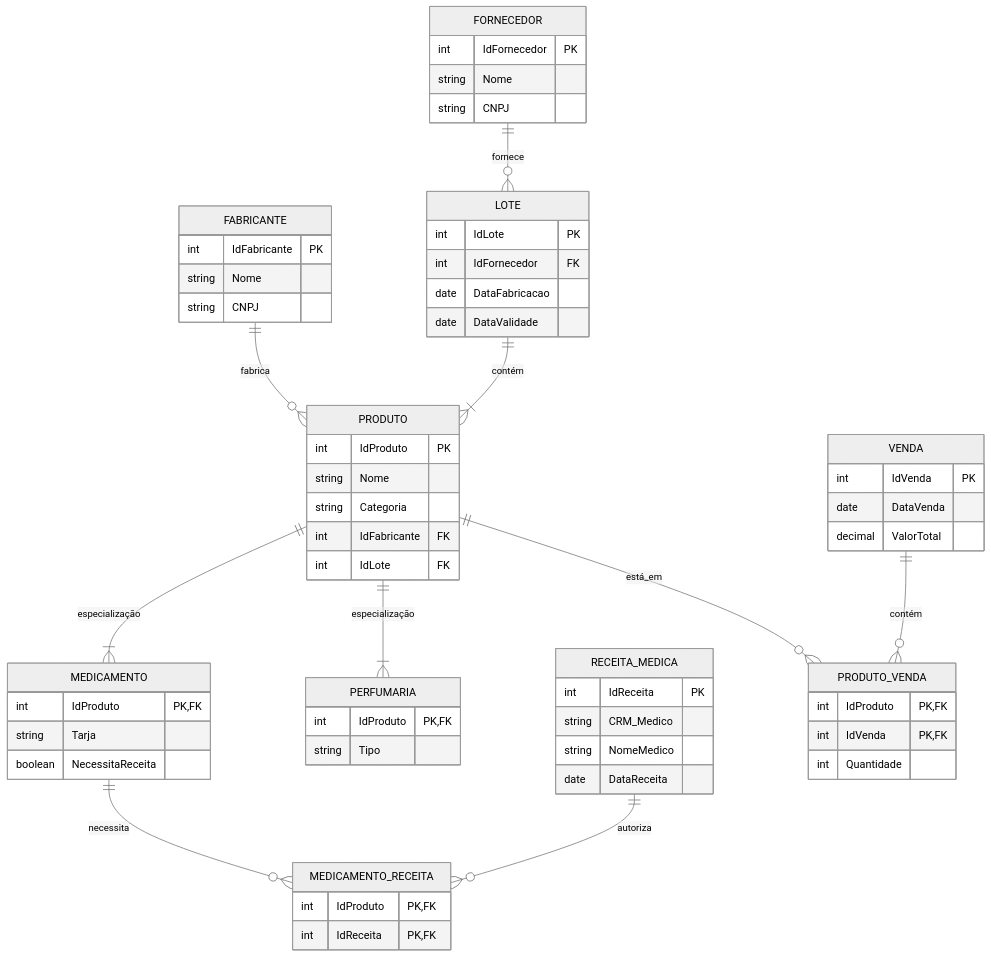
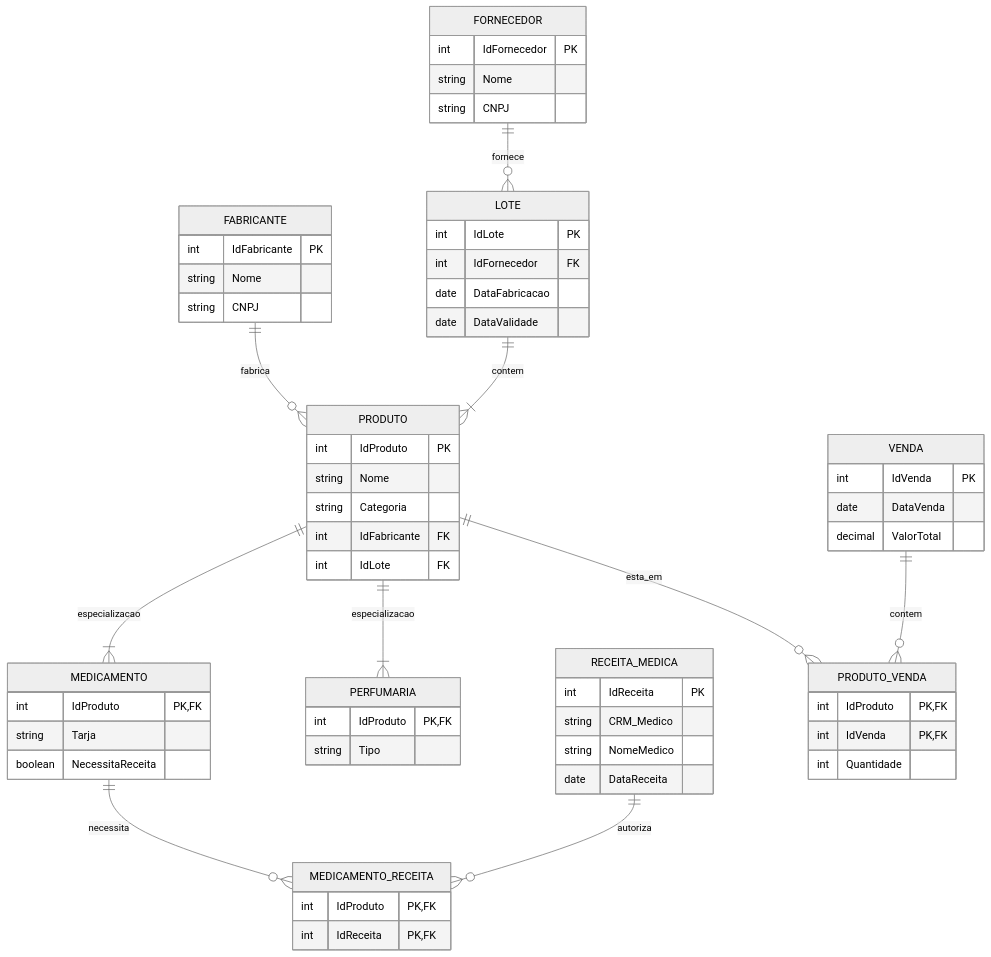
The third of 3 diagrams in Banco de Dados I/Revisao.md (rogerdapalma/Banco-de-Dados), drawn with Mermaid (neutral theme) before and after one commit.

````diff
--- a/Banco de Dados I/Revisao.md
+++ b/Banco de Dados I/Revisao.md
@@ -171,75 +171,76 @@
 ```mermaid
 erDiagram
     FORNECEDOR {
         int IdFornecedor PK
         string Nome
         string CNPJ
     }
 
     FABRICANTE {
         int IdFabricante PK
         string Nome
         string CNPJ
     }
 
     LOTE {
         int IdLote PK
         int IdFornecedor FK
         date DataFabricacao
         date DataValidade
     }
 
     PRODUTO {
         int IdProduto PK
         string Nome
         string Categoria
         int IdFabricante FK
         int IdLote FK
     }
 
     MEDICAMENTO {
         int IdProduto PK, FK
         string Tarja
         boolean NecessitaReceita
     }
 
     PERFUMARIA {
         int IdProduto PK, FK
         string Tipo
     }
 
     RECEITA_MEDICA {
         int IdReceita PK
         string CRM_Medico
         string NomeMedico
         date DataReceita
     }
 
     VENDA {
         int IdVenda PK
         date DataVenda
         decimal ValorTotal
     }
 
     PRODUTO_VENDA {
         int IdProduto PK, FK
         int IdVenda PK, FK
         int Quantidade
     }
 
     MEDICAMENTO_RECEITA {
         int IdProduto PK, FK
         int IdReceita PK, FK
     }
 
     FORNECEDOR ||--o{ LOTE : fornece
     FABRICANTE ||--o{ PRODUTO : fabrica
-    LOTE ||--|{ PRODUTO : contém
-    PRODUTO ||--|{ MEDICAMENTO : especialização
-    PRODUTO ||--|{ PERFUMARIA : especialização
+    LOTE ||--|{ PRODUTO : contem
+    PRODUTO ||--|{ MEDICAMENTO : especializacao
+    PRODUTO ||--|{ PERFUMARIA : especializacao
     MEDICAMENTO ||--o{ MEDICAMENTO_RECEITA : necessita
     RECEITA_MEDICA ||--o{ MEDICAMENTO_RECEITA : autoriza
-    PRODUTO ||--o{ PRODUTO_VENDA : está_em
-    VENDA ||--o{ PRODUTO_VENDA : contém
+    PRODUTO ||--o{ PRODUTO_VENDA : esta_em
+    VENDA ||--o{ PRODUTO_VENDA : contem
+
 
 ```
````
